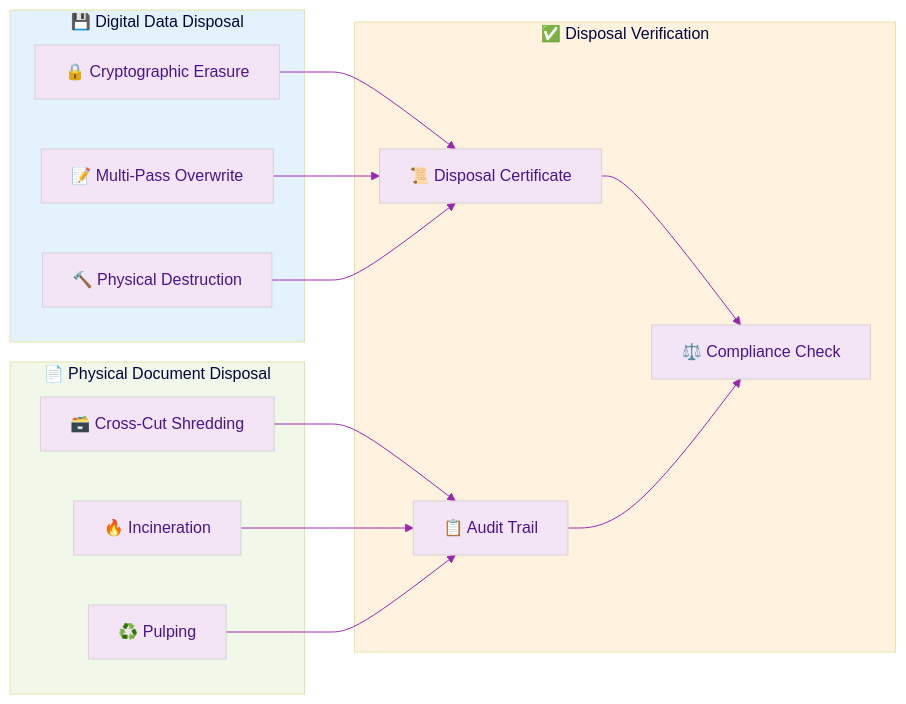
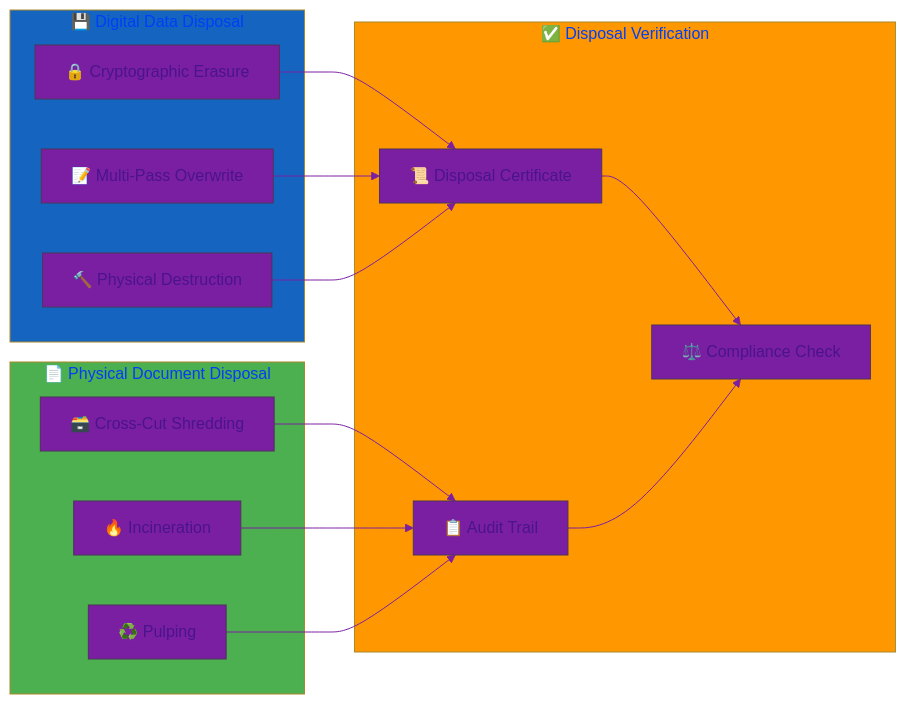
The sixth of 10 diagrams in Data_Classification_Policy.md (Hack23/ISMS-PUBLIC), drawn with Mermaid before and after one commit. The commit also changed other lines of this file and 35 other files, not shown here.

````diff
--- a/Data_Classification_Policy.md
+++ b/Data_Classification_Policy.md
@@ -497,46 +497,46 @@
 ```mermaid
 %%{
   init: {
     'theme': 'base',
     'themeVariables': {
-      'primaryColor': '#f3e5f5',
-      'primaryTextColor': '#4a148c',
-      'lineColor': '#9c27b0',
-      'secondaryColor': '#e8f5e9',
-      'tertiaryColor': '#fff9c4'
+      'primaryColor': '#7B1FA2',
+      'primaryTextColor': '#4A148C',
+      'lineColor': '#7B1FA2',
+      'secondaryColor': '#4CAF50',
+      'tertiaryColor': '#FFC107'
     }
   }
 }%%
 flowchart LR
     subgraph DIGITAL["💾 Digital Data Disposal"]
         CRYPTO[🔒 Cryptographic Erasure]
         OVERWRITE[📝 Multi-Pass Overwrite]
         PHYSICAL[🔨 Physical Destruction]
     end
     
     subgraph PHYSICAL_DOC["📄 Physical Document Disposal"]
         SHRED[🗃️ Cross-Cut Shredding]
         INCINERATE[🔥 Incineration]
         PULP[♻️ Pulping]
     end
     
     subgraph VERIFICATION["✅ Disposal Verification"]
         CERTIFICATE[📜 Disposal Certificate]
         AUDIT[📋 Audit Trail]
         COMPLIANCE[⚖️ Compliance Check]
     end
     
     CRYPTO --> CERTIFICATE
     OVERWRITE --> CERTIFICATE
     PHYSICAL --> CERTIFICATE
     SHRED --> AUDIT
     INCINERATE --> AUDIT
     PULP --> AUDIT
     
     CERTIFICATE --> COMPLIANCE
     AUDIT --> COMPLIANCE
     
-    style DIGITAL fill:#e3f2fd
-    style PHYSICAL_DOC fill:#f1f8e9
-    style VERIFICATION fill:#fff3e0
+    style DIGITAL fill:#1565C0
+    style PHYSICAL_DOC fill:#4CAF50
+    style VERIFICATION fill:#FF9800
 ```
````
